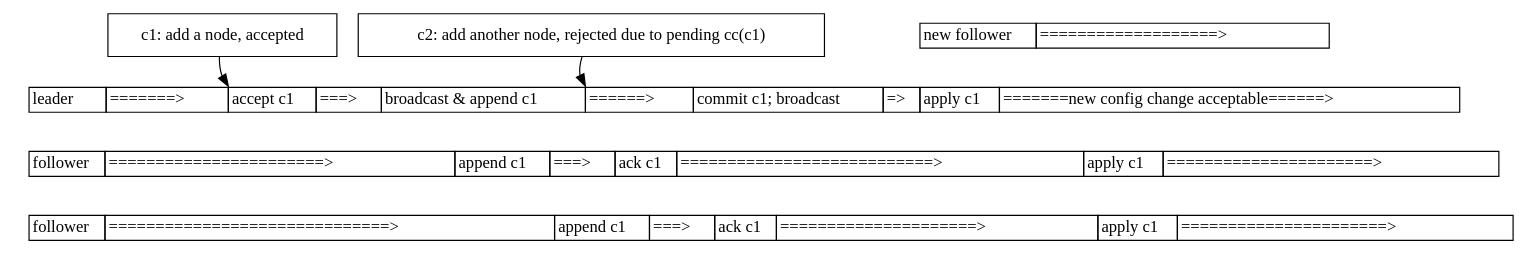
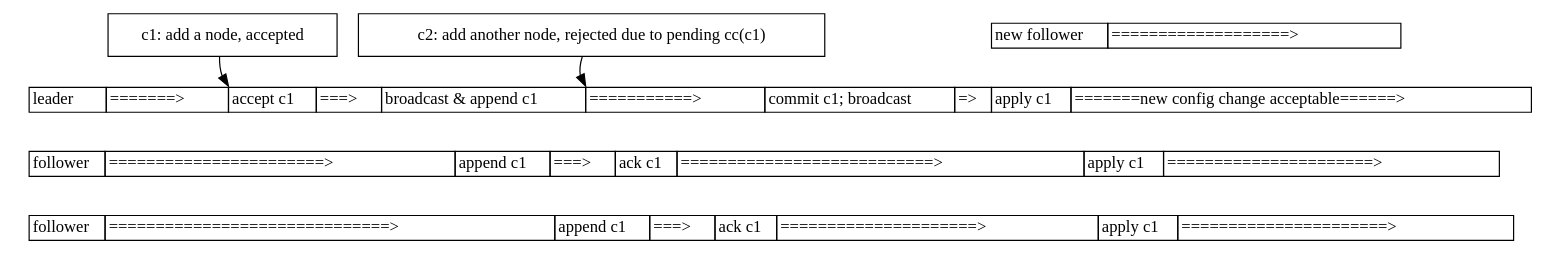
One commit to lcybo/notes changed the diagram in etcd/images/config-change.gv. Above: the diagram before and after it, drawn with Graphviz. The commit also changed 1 other file, not shown here.

```diff
--- a/etcd/images/config-change.gv
+++ b/etcd/images/config-change.gv
@@ -1,67 +1,67 @@
 digraph routines {
   ranksep=0.25
   node [shape=plaintext]
   leader [label=<
   <TABLE BORDER="0" CELLSPACING="0">
     <TR>
       <TD BORDER="1" port="name">leader   </TD>
       <TD BORDER="1">=======&gt;</TD>
       <TD BORDER="1" port="leaderAccpet">accept c1</TD>
       <TD BORDER="1">===&gt;</TD>
       <TD BORDER="1">broadcast &amp; append c1</TD>
-      <TD BORDER="1" port="leaderReject">======&gt;</TD>
+      <TD BORDER="1" port="leaderReject">===========&gt;</TD>
       <TD BORDER="1">commit c1; broadcast</TD>
       <TD BORDER="1">=&gt;</TD>
       <TD BORDER="1" port="leaderApply">apply c1</TD>
       <TD BORDER="1">=======new config change acceptable======&gt;</TD>
     </TR>
   </TABLE>>]
 
   follower1 [label=<
   <TABLE BORDER="0" CELLSPACING="0">
     <TR>
       <TD port="name" BORDER="1">follower</TD>
       <TD BORDER="1">=======================&gt;</TD>
       <TD BORDER="1">append c1</TD>
       <TD BORDER="1">===&gt;</TD>
       <TD BORDER="1">ack c1</TD>
       <TD BORDER="1">===========================&gt;</TD>
       <TD BORDER="1">apply c1</TD>
       <TD BORDER="1">======================&gt;</TD>
     </TR>
   </TABLE>>]
 
   follower2 [label=<
   <TABLE BORDER="0" CELLSPACING="0">
     <TR>
       <TD port="name" BORDER="1">follower</TD>
       <TD BORDER="1">==============================&gt;</TD>
       <TD BORDER="1">append c1</TD>
       <TD BORDER="1">===&gt;</TD>
       <TD BORDER="1">ack c1</TD>
       <TD BORDER="1">=====================&gt;</TD>
       <TD BORDER="1">apply c1</TD>
       <TD BORDER="1">======================&gt;</TD>
     </TR>
   </TABLE>>]
 
   follower3 [label=<
   <TABLE BORDER="0" CELLSPACING="0">
     <TR>
       <TD port="name" BORDER="1">new follower</TD>
       <TD BORDER="1">===================&gt;</TD>
     </TR>
   </TABLE>>]
 
   ccrequest1 [shape=box label="c1: add a node, accepted"]
   ccrequest2 [shape=box label="c2: add another node, rejected due to pending cc(c1)"]
 
   {rank = same; leader}
   {rank = same; follower1}
   {rank = same; follower2}
 
   leader:name:sw -> follower1:name:sw -> follower2:name:sw [style=invis]
   follower3:name:sw -> leader:leaderApply:nw [style=invis]
   ccrequest1 -> leader:leaderAccpet:nw
   ccrequest2 -> leader:leaderReject:nw
 }
```
